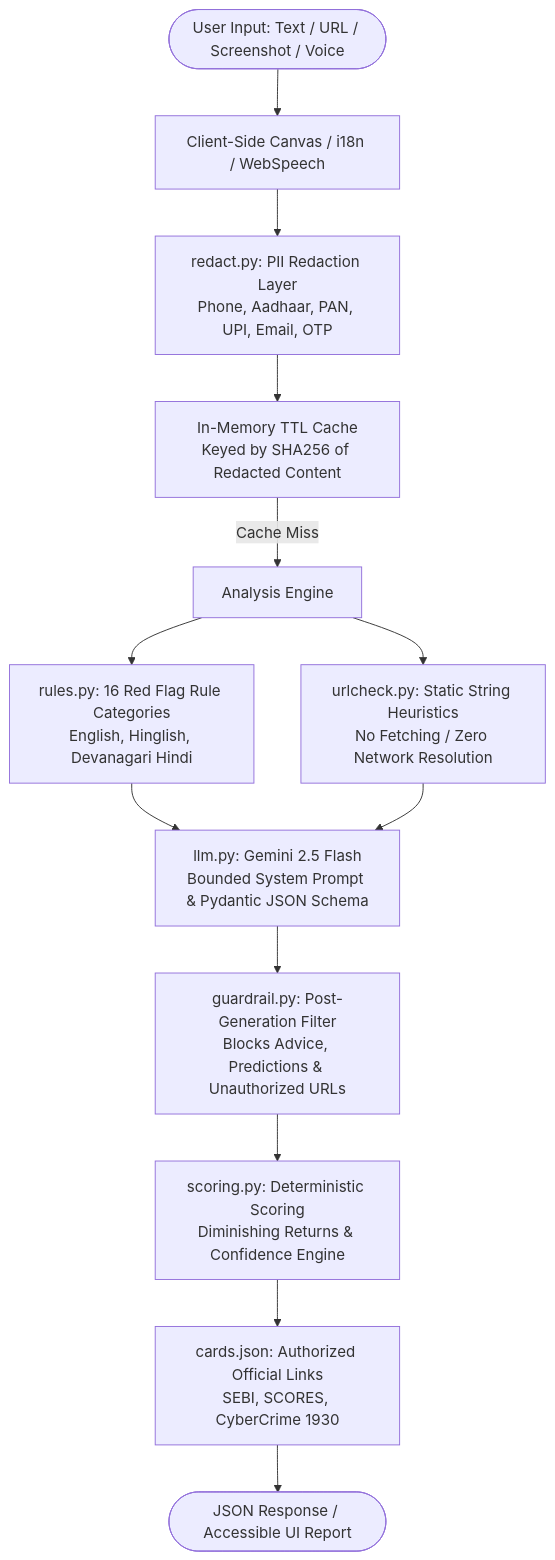
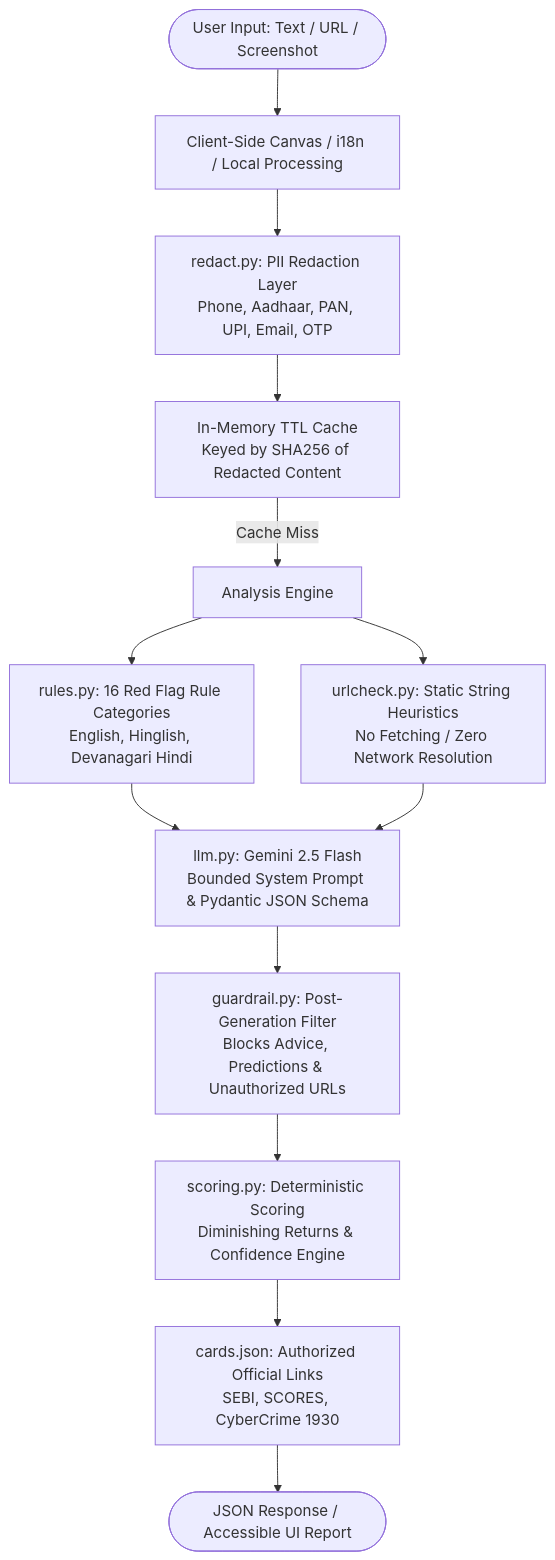
The diagram in README.md (Kushith1/nivesh-kavach), drawn with Mermaid before and after one commit. The commit also changed other lines of this file and 6 other files, not shown here.

Commit message:
Remove voice input tab and fix AI unavailable fallback explanation

````diff
--- a/README.md
+++ b/README.md
@@ -19,19 +19,19 @@
 ```mermaid
 flowchart TD
-    User([User Input: Text / URL / Screenshot / Voice]) --> ClientSide[Client-Side Canvas / i18n / WebSpeech]
+    User([User Input: Text / URL / Screenshot]) --> ClientSide[Client-Side Canvas / i18n / Local Processing]
     ClientSide --> Redaction[redact.py: PII Redaction Layer<br/>Phone, Aadhaar, PAN, UPI, Email, OTP]
     Redaction --> HashCache[In-Memory TTL Cache<br/>Keyed by SHA256 of Redacted Content]
     
     HashCache -->|Cache Miss| Pipeline[Analysis Engine]
     Pipeline --> RulesEngine[rules.py: 16 Red Flag Rule Categories<br/>English, Hinglish, Devanagari Hindi]
     Pipeline --> URLCheck[urlcheck.py: Static String Heuristics<br/>No Fetching / Zero Network Resolution]
     
     RulesEngine --> LLM[llm.py: Gemini 2.5 Flash<br/>Bounded System Prompt & Pydantic JSON Schema]
     URLCheck --> LLM
     
     LLM --> Guardrail[guardrail.py: Post-Generation Filter<br/>Blocks Advice, Predictions & Unauthorized URLs]
     Guardrail --> Scoring[scoring.py: Deterministic Scoring<br/>Diminishing Returns & Confidence Engine]
     Scoring --> Cards[cards.json: Authorized Official Links<br/>SEBI, SCORES, CyberCrime 1930]
     
     Cards --> FinalResponse([JSON Response / Accessible UI Report])
 ```
````
